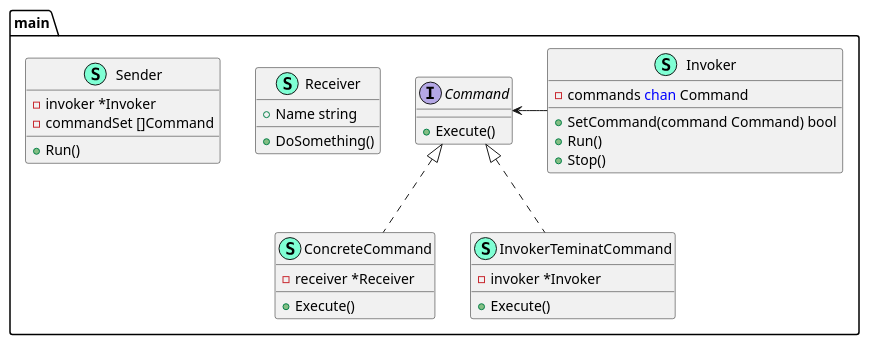
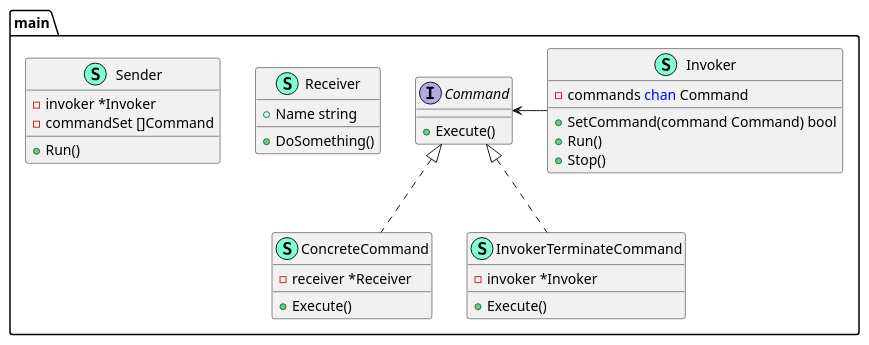
The diagram in command/command.puml (sonientaegi/design-pattern-with-go), drawn with PlantUML before and after one commit. The commit also changed 1 other file, not shown here.

Commit message:
command 패턴 오타 수정

```diff
--- a/command/command.puml
+++ b/command/command.puml
@@ -1,48 +1,48 @@
 @startuml
 namespace main {
     interface Command  {
         + Execute() 
 
     }
     class ConcreteCommand << (S,Aquamarine) >> {
         - receiver *Receiver
 
         + Execute() 
 
     }
     class Invoker << (S,Aquamarine) >> {
         - commands <font color=blue>chan</font> Command
 
         + SetCommand(command Command) bool
         + Run() 
         + Stop() 
 
     }
-    class InvokerTeminatCommand << (S,Aquamarine) >> {
+    class InvokerTerminateCommand << (S,Aquamarine) >> {
         - invoker *Invoker
 
         + Execute() 
 
     }
     class Receiver << (S,Aquamarine) >> {
         + Name string
 
         + DoSomething() 
 
     }
     class Sender << (S,Aquamarine) >> {
         - invoker *Invoker
         - commandSet []Command
 
         + Run() 
 
     }
 }
 
 "main.Command" <|.. "main.ConcreteCommand"
-"main.Command" <|.. "main.InvokerTeminatCommand"
+"main.Command" <|.. "main.InvokerTerminateCommand"
 
 "main.Command" <- "main.Invoker"
 '"main.Receiver" <-- "main.ConcreteCommand"
-'"main.Invoker" <-- "main.InvokerTeminatCommand"
+'"main.Invoker" <-- "main.InvokerTerminateCommand"
 @enduml
```
